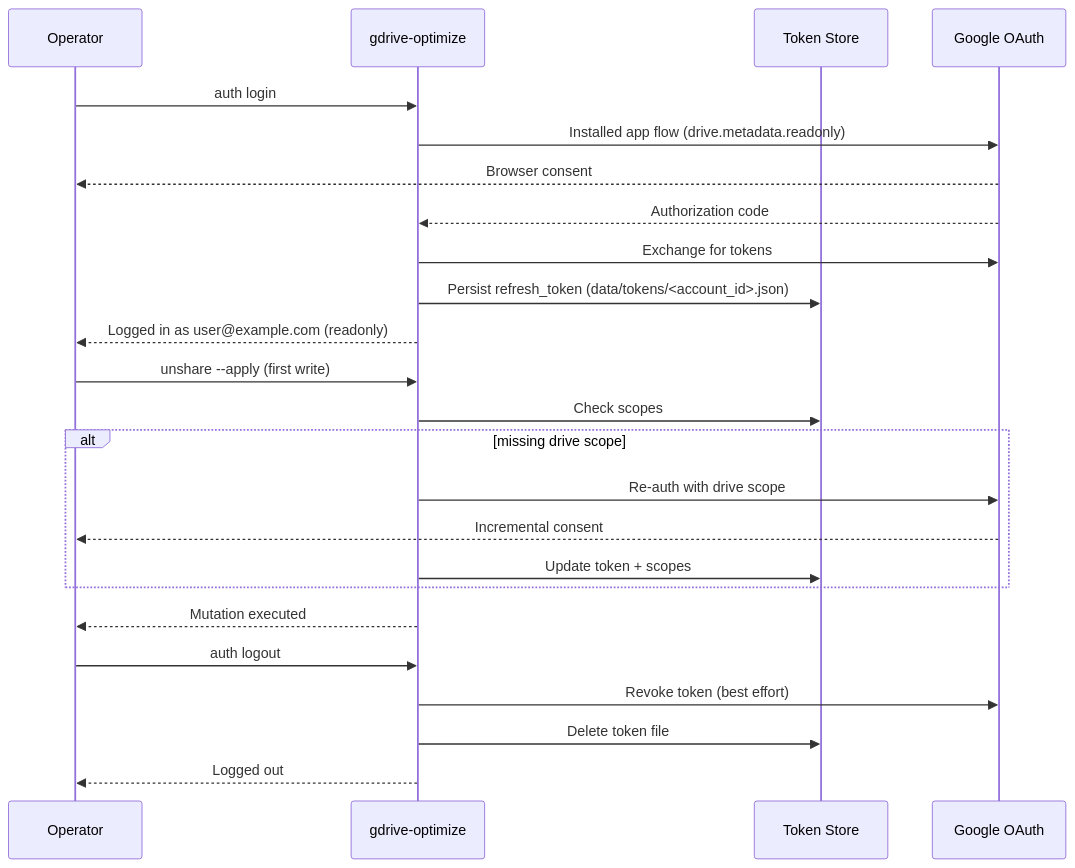
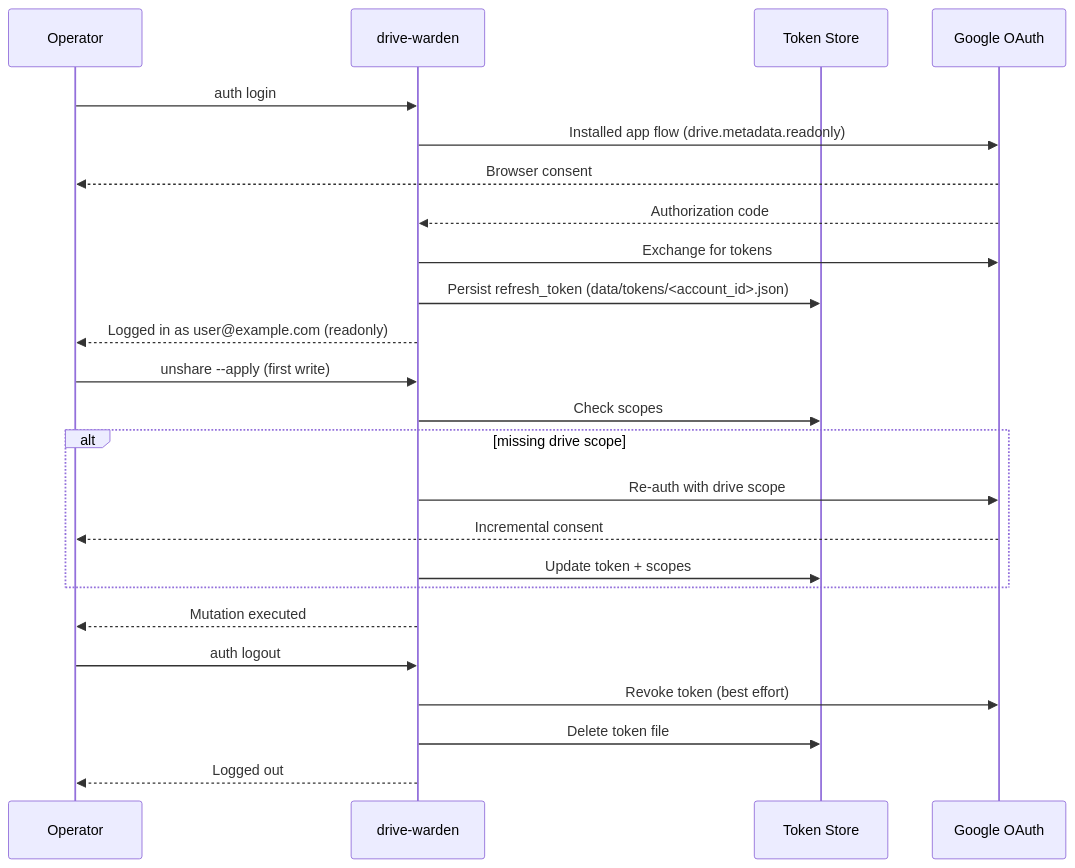
Before and after one commit to chris-piekarski/drive-warden: the fifth of 7 diagrams in docs/plans/00-master-plan.md, drawn with Mermaid. The commit also changed other lines of this file and 36 other files, not shown here.

First line of the commit message:
Rename project to drive-warden

````diff
--- a/docs/plans/00-master-plan.md
+++ b/docs/plans/00-master-plan.md
@@ -679,29 +679,29 @@
 ```mermaid
 sequenceDiagram
     participant Op as Operator
-    participant CLI as gdrive-optimize
+    participant CLI as drive-warden
     participant Store as Token Store
     participant Google as Google OAuth
 
     Op->>CLI: auth login
     CLI->>Google: Installed app flow (drive.metadata.readonly)
     Google-->>Op: Browser consent
     Google-->>CLI: Authorization code
     CLI->>Google: Exchange for tokens
     CLI->>Store: Persist refresh_token (data/tokens/<account_id>.json)
     CLI-->>Op: Logged in as user@example.com (readonly)
 
     Op->>CLI: unshare --apply (first write)
     CLI->>Store: Check scopes
     alt missing drive scope
         CLI->>Google: Re-auth with drive scope
         Google-->>Op: Incremental consent
         CLI->>Store: Update token + scopes
     end
     CLI-->>Op: Mutation executed
 
     Op->>CLI: auth logout
     CLI->>Google: Revoke token (best effort)
     CLI->>Store: Delete token file
     CLI-->>Op: Logged out
 ```
````
